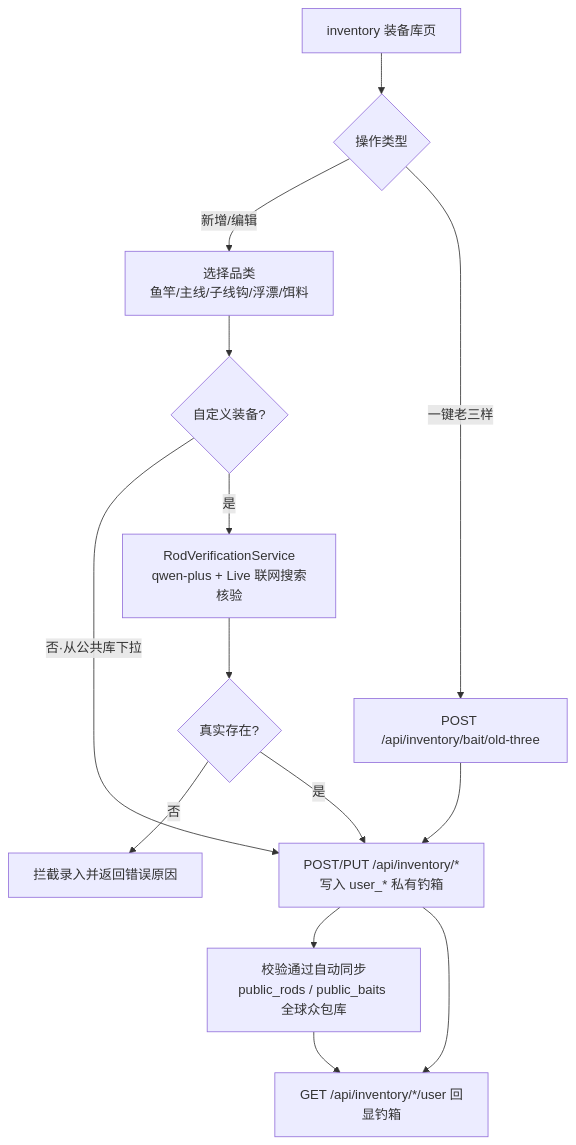
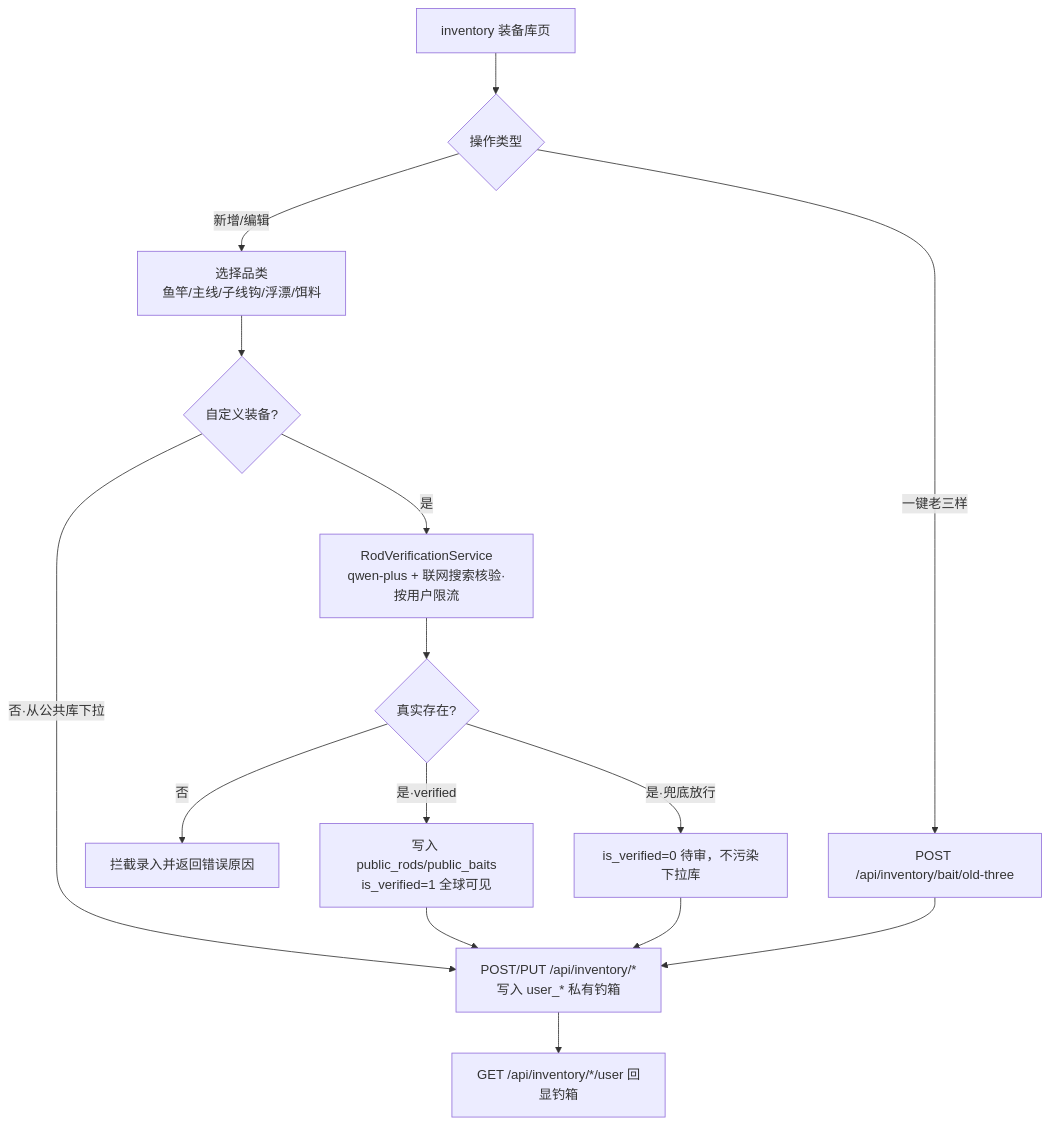
One commit to 19348729/diaoyu changed the fourth of 5 diagrams in 业务流程图.md. Above: the diagram before and after it, drawn with Mermaid. The commit also changed other lines of this file and 1 other file, not shown here.

First line of the commit message:
docs: 按最新代码逻辑重写业务流程图与 README

````diff
--- a/业务流程图.md
+++ b/业务流程图.md
@@ -106,16 +128,17 @@
 ```mermaid
 flowchart TD
     Entry[inventory 装备库页] --> Pick{操作类型}
     Pick -->|新增/编辑| Type[选择品类<br/>鱼竿/主线/子线钩/浮漂/饵料]
     Pick -->|一键老三样| Old[POST /api/inventory/bait/old-three]
     Type --> Custom{自定义装备?}
     Custom -->|否·从公共库下拉| Save[POST/PUT /api/inventory/*<br/>写入 user_* 私有钓箱]
-    Custom -->|是| Verify2[RodVerificationService<br/>qwen-plus + Live 联网搜索核验]
+    Custom -->|是| Verify2[RodVerificationService<br/>qwen-plus + 联网搜索核验·按用户限流]
     Verify2 --> VOK2{真实存在?}
     VOK2 -->|否| Reject2[拦截录入并返回错误原因]
-    VOK2 -->|是| Save
-    Save --> Pub[校验通过自动同步<br/>public_rods / public_baits 全球众包库]
+    VOK2 -->|是·verified| Pub[写入 public_rods/public_baits<br/>is_verified=1 全球可见]
+    VOK2 -->|是·兜底放行| Pend[is_verified=0 待审，不污染下拉库]
+    Save --> List[GET /api/inventory/*/user 回显钓箱]
     Old --> Save
-    Save --> List[GET /api/inventory/*/user 回显钓箱]
-    Pub --> List
+    Pub --> Save
+    Pend --> Save
 ```
````
